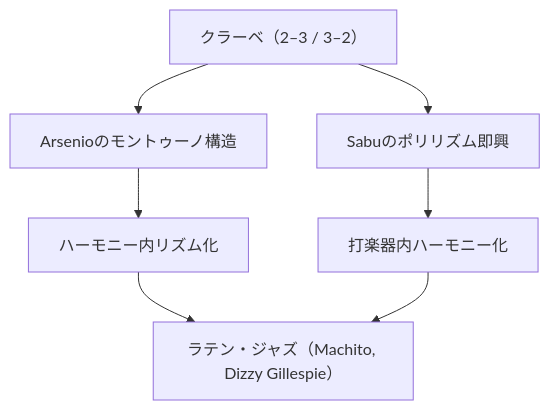
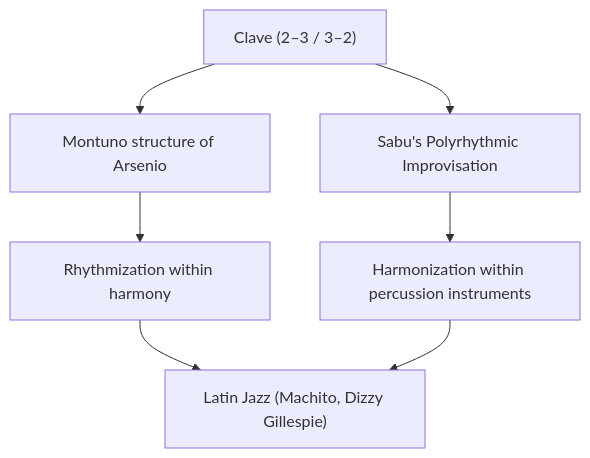
The first of 2 diagrams in en/_posts/2025-10-30-column-sabu-martinez-arsenio-rodriguez.md (monumental-movement/monumental-movement.github.io), drawn with Mermaid before and after one commit. The commit also changed other lines of this file and 1719 other files, not shown here.

```diff
--- a/en/_posts/2025-10-30-column-sabu-martinez-arsenio-rodriguez.md
+++ b/en/_posts/2025-10-30-column-sabu-martinez-arsenio-rodriguez.md
@@ -132,11 +134,11 @@
 <div class="mermaid">
 
 flowchart TD
-    A["クラーベ（2–3 / 3–2）"] --> B["Arsenioのモントゥーノ構造"]
-    A --> C["Sabuのポリリズム即興"]
-    B --> D["ハーモニー内リズム化"]
-    C --> E["打楽器内ハーモニー化"]
-    D --> F["ラテン・ジャズ（Machito, Dizzy Gillespie）"]
-    E --> F
+A["Clave (2–3 / 3–2)"] --> B["Montuno structure of Arsenio"]
+A --> C["Sabu's Polyrhythmic Improvisation"]
+B --> D["Rhythmization within harmony"]
+C --> E["Harmonization within percussion instruments"]
+D --> F["Latin Jazz (Machito, Dizzy Gillespie)"]
+E --> F
 
 </div>
```
